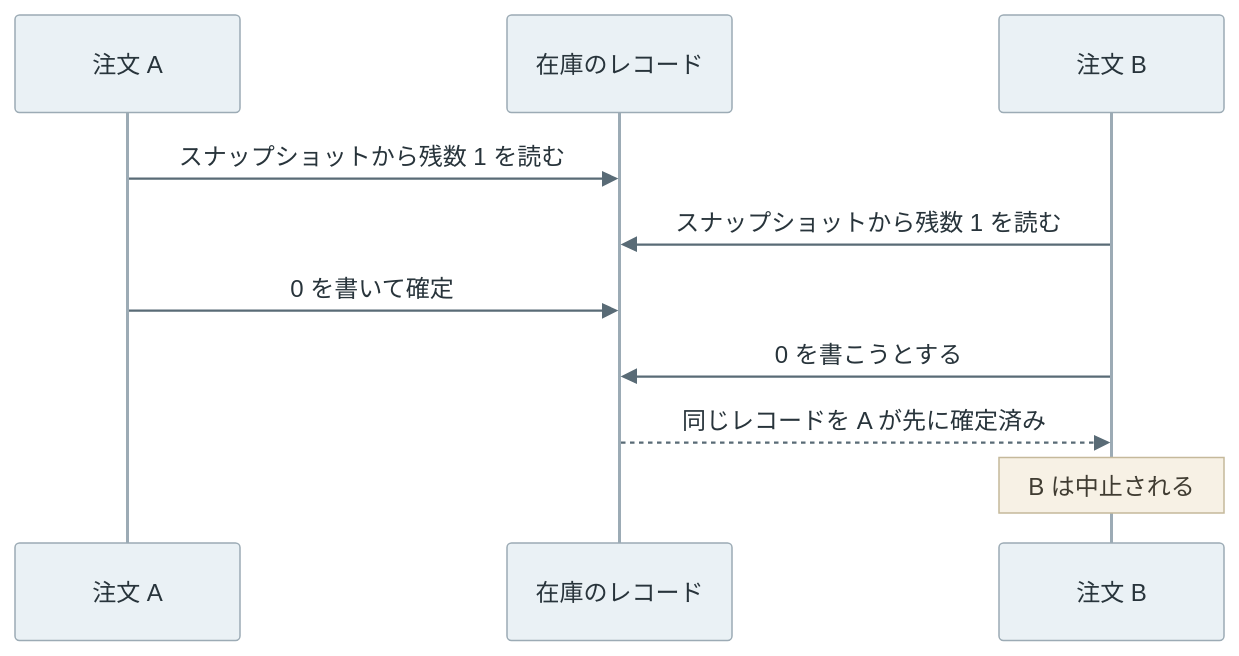
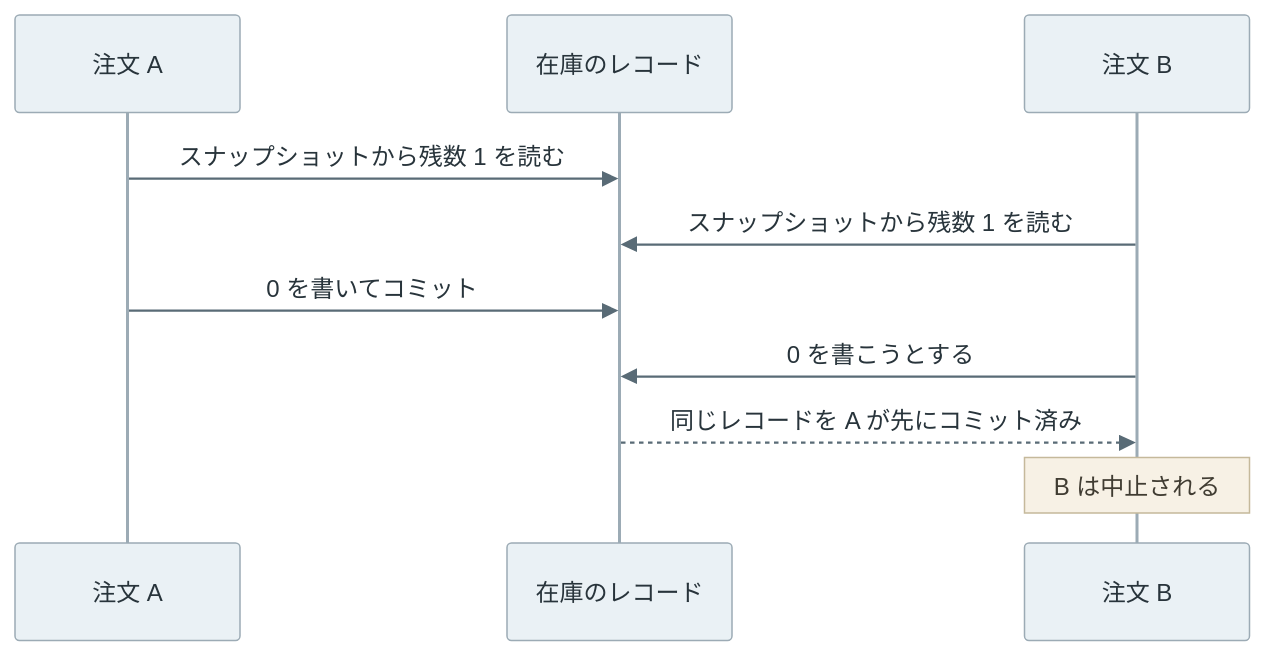
The first of 3 diagrams in content/notes/database-systems/snapshot-isolation/index.md (nao1215/debimate), drawn with Mermaid before and after one commit. The commit also changed other lines of this file and 32 other files, not shown here.

````diff
--- a/content/notes/database-systems/snapshot-isolation/index.md
+++ b/content/notes/database-systems/snapshot-isolation/index.md
@@ -58,13 +58,13 @@
 ```mermaid
 %%{init: {"theme":"base","themeVariables":{"primaryColor":"#eaf1f5","primaryTextColor":"#28343b","primaryBorderColor":"#9cabb5","lineColor":"#596b76","textColor":"#28343b","actorBkg":"#eaf1f5","actorBorder":"#9cabb5","actorTextColor":"#28343b","actorLineColor":"#9cabb5","signalColor":"#596b76","signalTextColor":"#28343b","noteBkgColor":"#f7f1e5","noteBorderColor":"#c5b99b","noteTextColor":"#403c32","activationBkgColor":"#edf3ef","activationBorderColor":"#9aafa1"}}}%%
 sequenceDiagram
     participant A as 注文 A
     participant D as 在庫のレコード
     participant B as 注文 B
     A->>D: スナップショットから残数 1 を読む
     B->>D: スナップショットから残数 1 を読む
-    A->>D: 0 を書いて確定
+    A->>D: 0 を書いてコミット
     B->>D: 0 を書こうとする
-    D-->>B: 同じレコードを A が先に確定済み
+    D-->>B: 同じレコードを A が先にコミット済み
     Note over B: B は中止される
 ```
````
